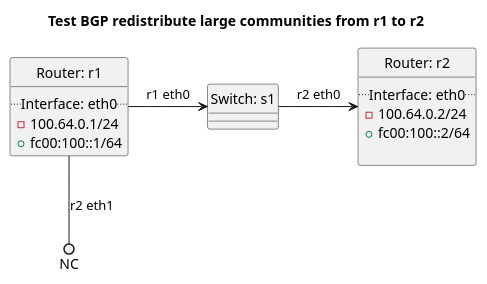
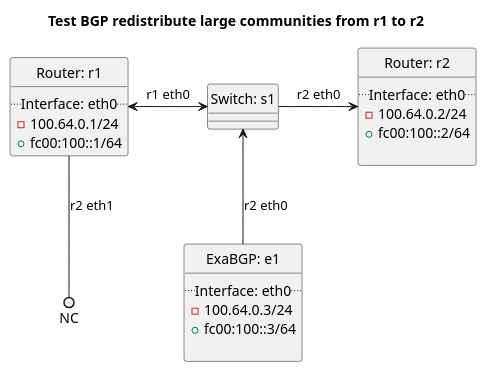
The diagram in tests/t40_bgp/t56_redistribute_large_communities/README.md (oscdev-io/birdplan), drawn with PlantUML before and after one commit. The commit also changed other lines of this file and 1785 other files, not shown here.

````diff
--- a/tests/t40_bgp/t56_redistribute_large_communities/README.md
+++ b/tests/t40_bgp/t56_redistribute_large_communities/README.md
@@ -15,30 +44,39 @@
 ```plantuml
 @startuml
 hide circle
 title Test BGP redistribute large communities from r1 to r2
 
 
 class "Router: r1" {
   .. Interface: eth0 ..
 - 100.64.0.1/24
 + fc00:100::1/64
 }
 
 
 class "Router: r2" {
   .. Interface: eth0 ..
 - 100.64.0.2/24
 + fc00:100::2/64
 
 }
 
+class "ExaBGP: e1" {
+  .. Interface: eth0 ..
+- 100.64.0.3/24
++ fc00:100::3/64
+
+}
+
 
 class "Switch: s1" {}
 
 
-"Router: r1" -> "Switch: s1": r1 eth0
+"Router: r1" <-> "Switch: s1": r1 eth0
 "Switch: s1" -> "Router: r2": r2 eth0
+"Switch: s1" <-down- "ExaBGP: e1": r2 eth0
 "Router: r1" --() NC: r2 eth1
+
 
 @enduml
 ```
````
